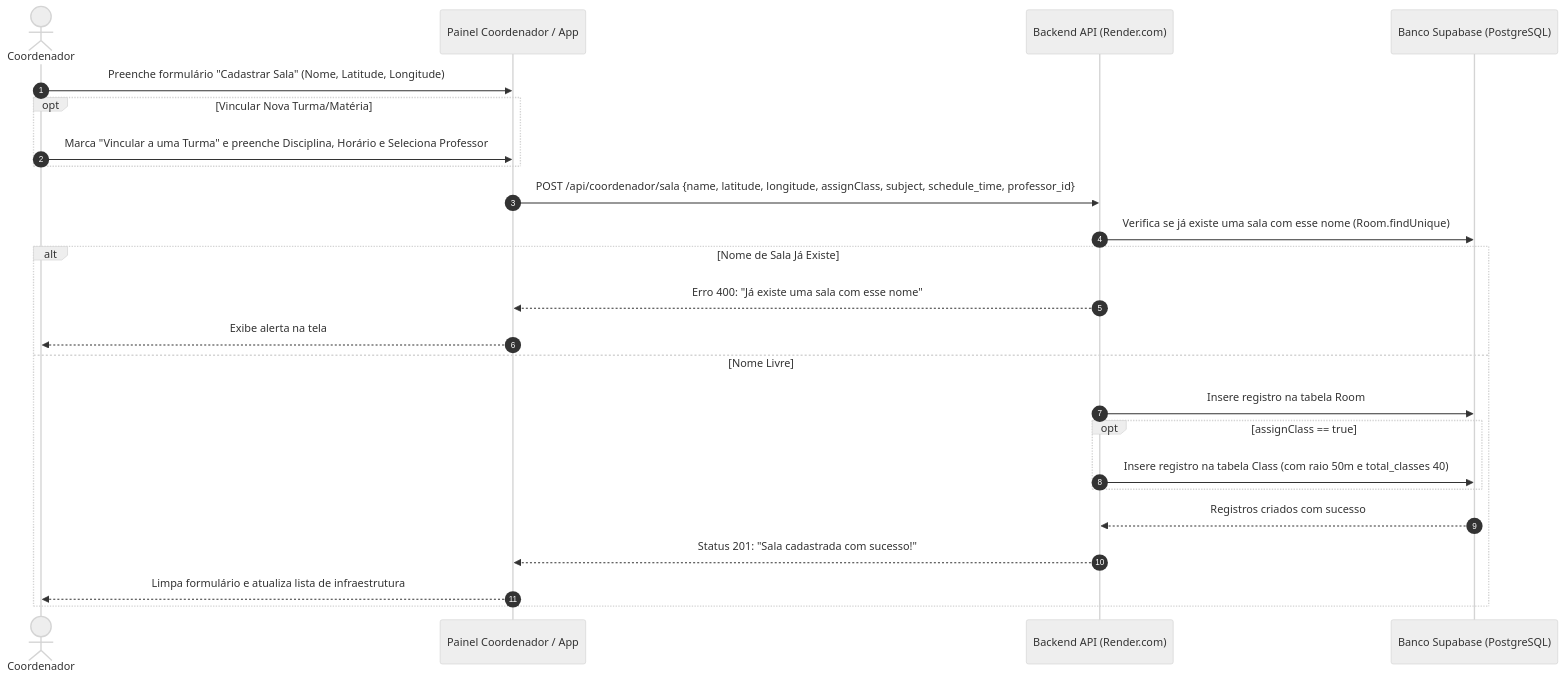
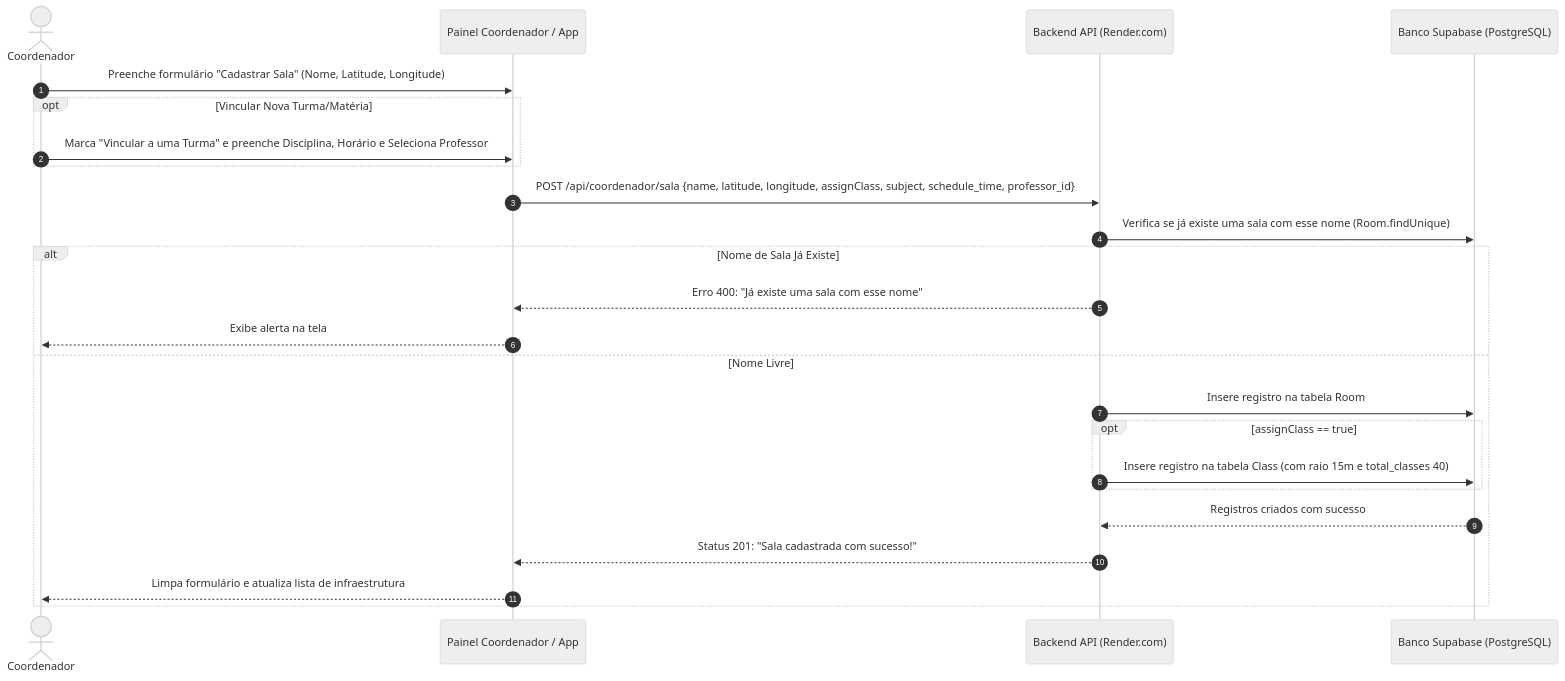
Before and after one commit to caneschi-lais/geoclass: diagram 13 of 24 in documentacao/diagramas/fluxos.md, drawn with Mermaid (neutral theme). The commit also changed 4 other files, not shown here.

````diff
--- a/documentacao/diagramas/fluxos.md
+++ b/documentacao/diagramas/fluxos.md
@@ -479,29 +479,29 @@
 ```mermaid
 sequenceDiagram
     autonumber
     actor Coordenador
     participant Web as Painel Coordenador / App
     participant API as Backend API (Render.com)
     participant DB as Banco Supabase (PostgreSQL)
 
     Coordenador->>Web: Preenche formulário "Cadastrar Sala" (Nome, Latitude, Longitude)
     opt Vincular Nova Turma/Matéria
         Coordenador->>Web: Marca "Vincular a uma Turma" e preenche Disciplina, Horário e Seleciona Professor
     end
 
     Web->>API: POST /api/coordenador/sala {name, latitude, longitude, assignClass, subject, schedule_time, professor_id}
 
     API->>DB: Verifica se já existe uma sala com esse nome (Room.findUnique)
     alt Nome de Sala Já Existe
         API-->>Web: Erro 400: "Já existe uma sala com esse nome"
         Web-->>Coordenador: Exibe alerta na tela
     else Nome Livre
         API->>DB: Insere registro na tabela Room
         opt assignClass == true
-            API->>DB: Insere registro na tabela Class (com raio 50m e total_classes 40)
+            API->>DB: Insere registro na tabela Class (com raio 15m e total_classes 40)
         end
         DB-->>API: Registros criados com sucesso
         API-->>Web: Status 201: "Sala cadastrada com sucesso!"
         Web-->>Coordenador: Limpa formulário e atualiza lista de infraestrutura
     end
 ```
````
